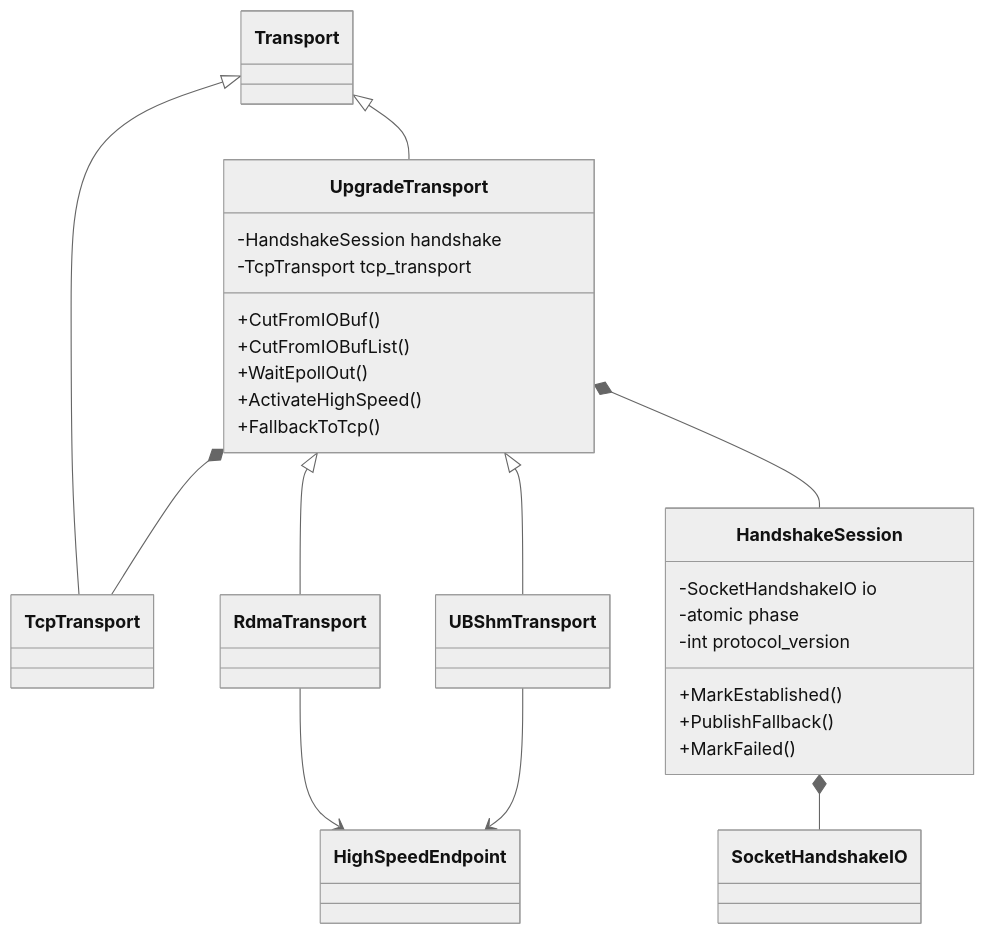
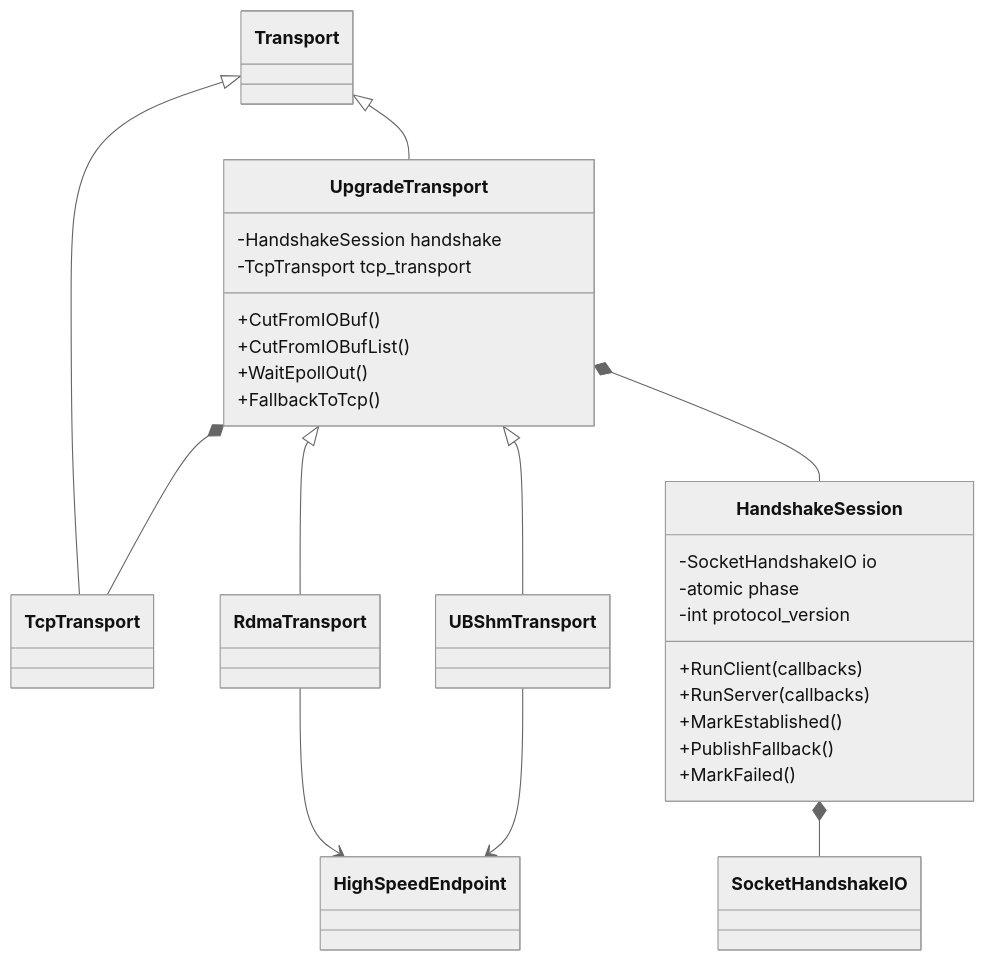
Before and after one commit to LinQuickDev/brpc: the fifth of 5 diagrams in docs/cn/handshake_common_design.md, drawn with Mermaid (neutral theme). The commit also changed other lines of this file and 7 other files, not shown here.

````diff
--- a/docs/cn/handshake_common_design.md
+++ b/docs/cn/handshake_common_design.md
@@ -708,35 +708,36 @@
 ```mermaid
 classDiagram
     class Transport
     class TcpTransport
     class UpgradeTransport {
         -HandshakeSession handshake
         -TcpTransport tcp_transport
         +CutFromIOBuf()
         +CutFromIOBufList()
         +WaitEpollOut()
-        +ActivateHighSpeed()
         +FallbackToTcp()
     }
     class HandshakeSession {
         -SocketHandshakeIO io
         -atomic phase
         -int protocol_version
+        +RunClient(callbacks)
+        +RunServer(callbacks)
         +MarkEstablished()
         +PublishFallback()
         +MarkFailed()
     }
     class RdmaTransport
     class UBShmTransport
     class HighSpeedEndpoint
 
     Transport <|-- TcpTransport
     Transport <|-- UpgradeTransport
     UpgradeTransport <|-- RdmaTransport
     UpgradeTransport <|-- UBShmTransport
     UpgradeTransport *-- TcpTransport
     UpgradeTransport *-- HandshakeSession
     HandshakeSession *-- SocketHandshakeIO
     RdmaTransport --> HighSpeedEndpoint
     UBShmTransport --> HighSpeedEndpoint
 ```
````
